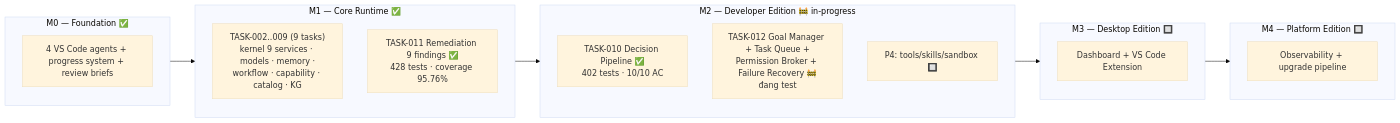
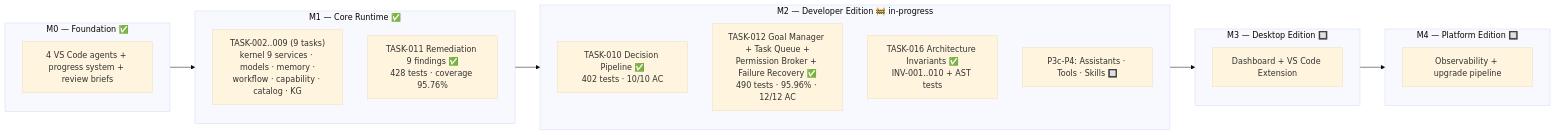
One commit to mrdanhdanh/aios-python changed the fifth of 5 diagrams in docs/architecture.md. Above: the diagram before and after it, drawn with Mermaid (base theme). The commit also changed other lines of this file and 12 other files, not shown here.

Commit message:
M2/ARCH: TASK-016 done — 10 Architecture Invariants + AST tests + reference update (502 tests, 10/10 AC)

````diff
--- a/docs/architecture.md
+++ b/docs/architecture.md
@@ -143,27 +197,28 @@
 ```mermaid
 graph LR
     subgraph M0["M0 — Foundation ✅"]
         A1["4 VS Code agents + progress system + review briefs"]
     end
 
     subgraph M1["M1 — Core Runtime ✅"]
         B1["TASK-002..009 (9 tasks)<br/>kernel 9 services · models · memory ·<br/>workflow · capability · catalog · KG"]
         B2["TASK-011 Remediation 9 findings ✅<br/>428 tests · coverage 95.76%"]
     end
 
     subgraph M2["M2 — Developer Edition 🚧 in-progress"]
         C1["TASK-010 Decision Pipeline ✅<br/>402 tests · 10/10 AC"]
-        C2["TASK-012 Goal Manager + Task Queue +<br/>Permission Broker + Failure Recovery 🚧<br/>đang test"]
-        C3["P4: tools/skills/sandbox 🔲"]
+        C2["TASK-012 Goal Manager + Task Queue +<br/>Permission Broker + Failure Recovery ✅<br/>490 tests · 95.96% · 12/12 AC"]
+        C3["TASK-016 Architecture Invariants ✅<br/>INV-001..010 + AST tests"]
+        C4["P3c-P4: Assistants · Tools · Skills 🔲"]
     end
 
     subgraph M3["M3 — Desktop Edition 🔲"]
         D1["Dashboard + VS Code Extension"]
     end
 
     subgraph M4["M4 — Platform Edition 🔲"]
         E1["Observability + upgrade pipeline"]
     end
 
     M0 --> M1 --> M2 --> M3 --> M4
 ```
````
